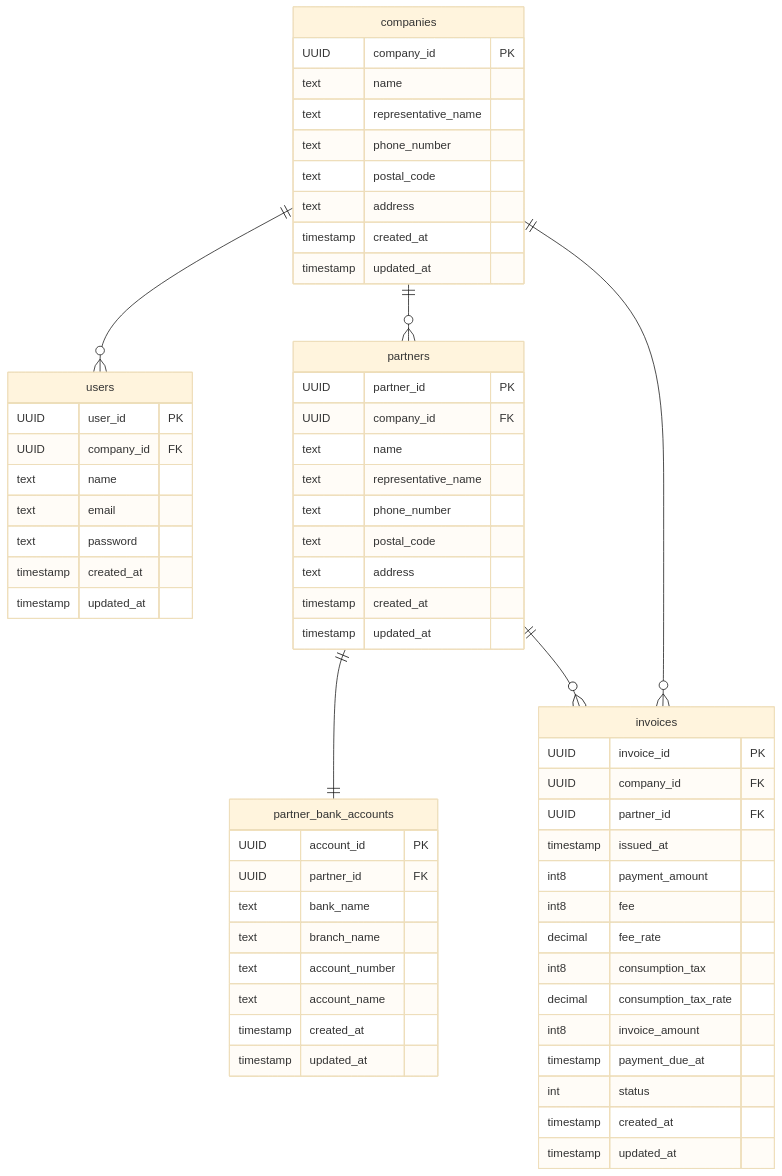
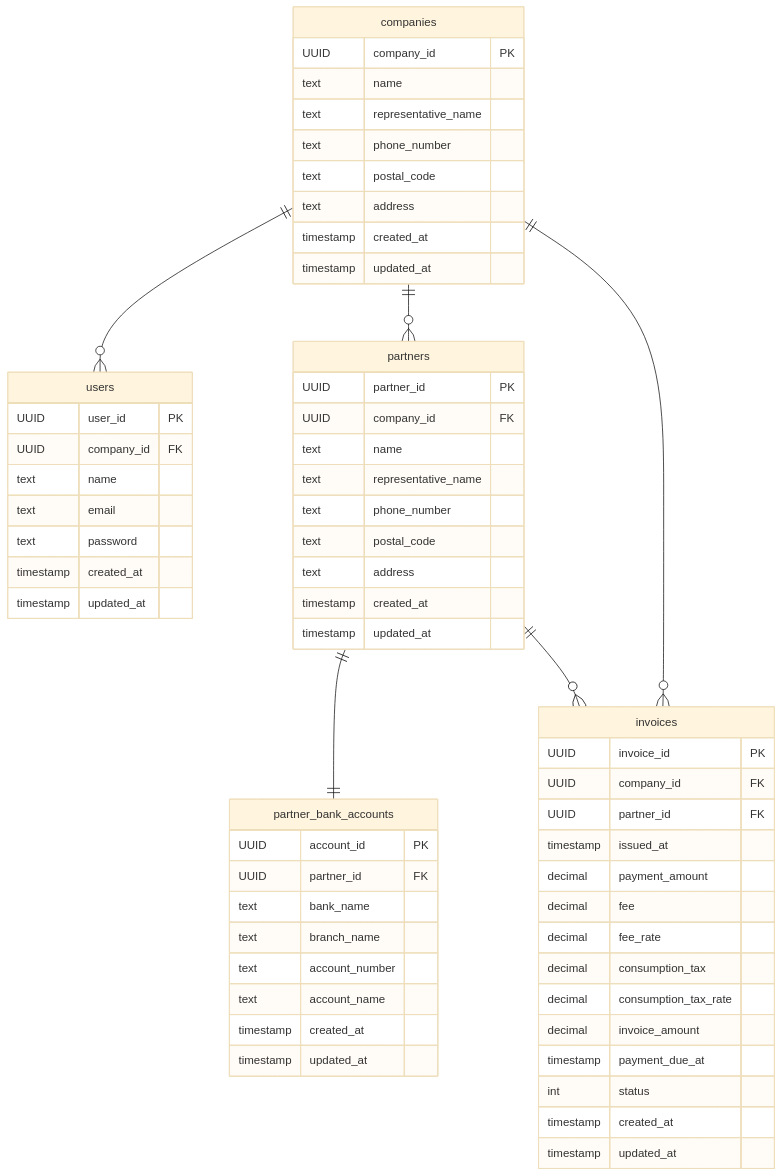
Before and after one commit to yt-d-rep/upsider-coding-test: the diagram in docs/er.md, drawn with Mermaid (base theme). The commit also changed 12 other files, not shown here.

````diff
--- a/docs/er.md
+++ b/docs/er.md
@@ -3,69 +3,69 @@
 ```mermaid
 erDiagram
     companies {
         UUID company_id PK
         text name
         text representative_name
         text phone_number
         text postal_code
         text address
         timestamp created_at
         timestamp updated_at
     }
     
     users {
         UUID user_id PK
         UUID company_id FK
         text name
         text email
         text password
         timestamp created_at
         timestamp updated_at
     }
     
     partners {
         UUID partner_id PK
         UUID company_id FK
         text name
         text representative_name
         text phone_number
         text postal_code
         text address
         timestamp created_at
         timestamp updated_at
     }
 
     partner_bank_accounts {
         UUID account_id PK
         UUID partner_id FK
         text bank_name
         text branch_name
         text account_number
         text account_name
         timestamp created_at
         timestamp updated_at
     }
 
     invoices {
         UUID invoice_id PK
         UUID company_id FK
         UUID partner_id FK
         timestamp issued_at
-        int8 payment_amount
-        int8 fee
+        decimal payment_amount
+        decimal fee
         decimal fee_rate
-        int8 consumption_tax
+        decimal consumption_tax
         decimal consumption_tax_rate
-        int8 invoice_amount
+        decimal invoice_amount
         timestamp payment_due_at
         int status
         timestamp created_at
         timestamp updated_at
     }
 
     companies ||--o{ users : ""
     companies ||--o{ partners : ""
     partners ||--|| partner_bank_accounts : ""
     companies ||--o{ invoices : ""
     partners ||--o{ invoices : ""
 ```
````
